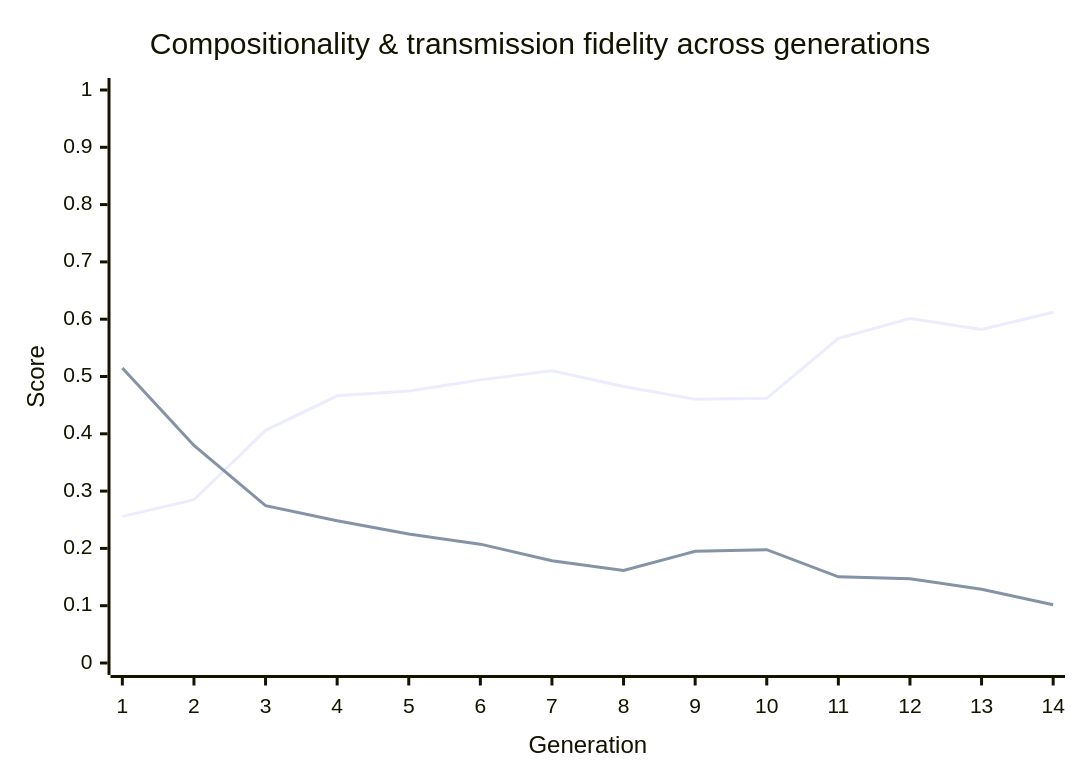
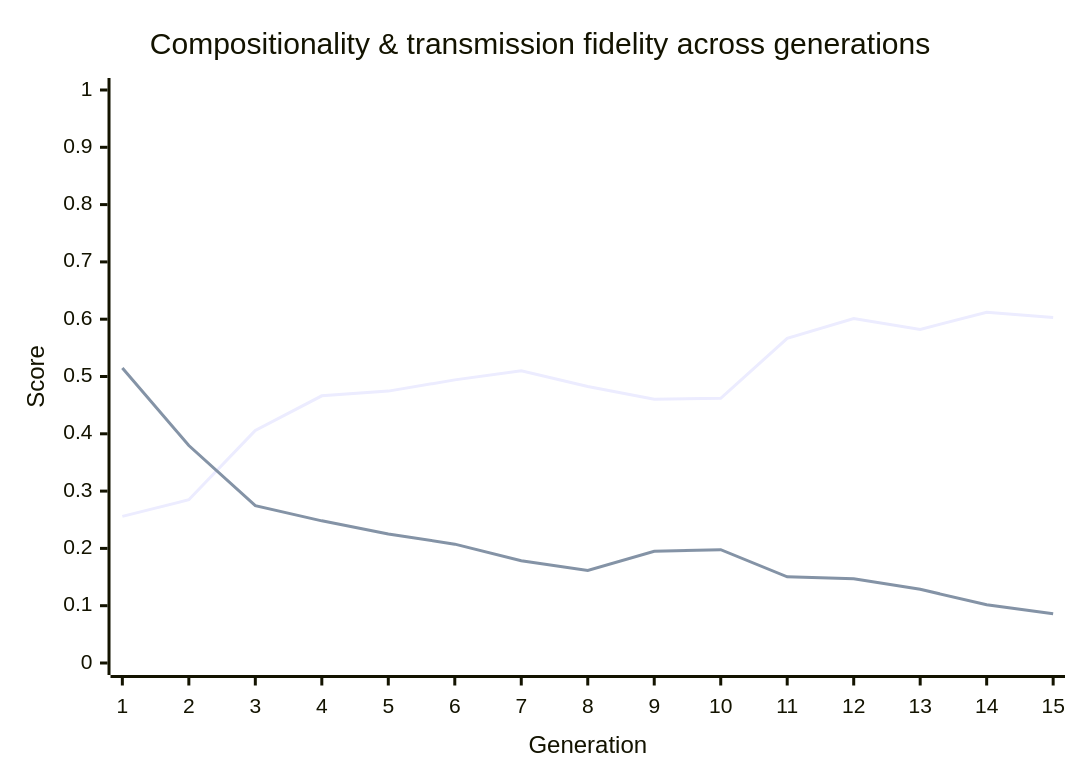
Before and after one commit to nichobbs/traditio: the diagram in metrics/latest-report.md, drawn with Mermaid. The commit also changed other lines of this file and 1 other file, not shown here.

````diff
--- a/metrics/latest-report.md
+++ b/metrics/latest-report.md
@@ -40,8 +40,8 @@
 ```mermaid
 xychart-beta
     title "Compositionality & transmission fidelity across generations"
-    x-axis "Generation" [1, 2, 3, 4, 5, 6, 7, 8, 9, 10, 11, 12, 13, 14]
+    x-axis "Generation" [1, 2, 3, 4, 5, 6, 7, 8, 9, 10, 11, 12, 13, 14, 15]
     y-axis "Score" 0 --> 1
-    line "Compositionality" [0.2559, 0.2849, 0.4060, 0.4663, 0.4745, 0.4941, 0.5099, 0.4826, 0.4603, 0.4619, 0.5665, 0.6011, 0.5822, 0.6121]
-    line "Transmission Fidelity" [0.5148, 0.3796, 0.2746, 0.2481, 0.2251, 0.2074, 0.1785, 0.1615, 0.1949, 0.1977, 0.1504, 0.1472, 0.1286, 0.1016]
+    line "Compositionality" [0.2559, 0.2849, 0.4060, 0.4663, 0.4745, 0.4941, 0.5099, 0.4826, 0.4603, 0.4619, 0.5665, 0.6011, 0.5822, 0.6121, 0.6029]
+    line "Transmission Fidelity" [0.5148, 0.3796, 0.2746, 0.2481, 0.2251, 0.2074, 0.1785, 0.1615, 0.1949, 0.1977, 0.1504, 0.1472, 0.1286, 0.1016, 0.0861]
 ```
````
